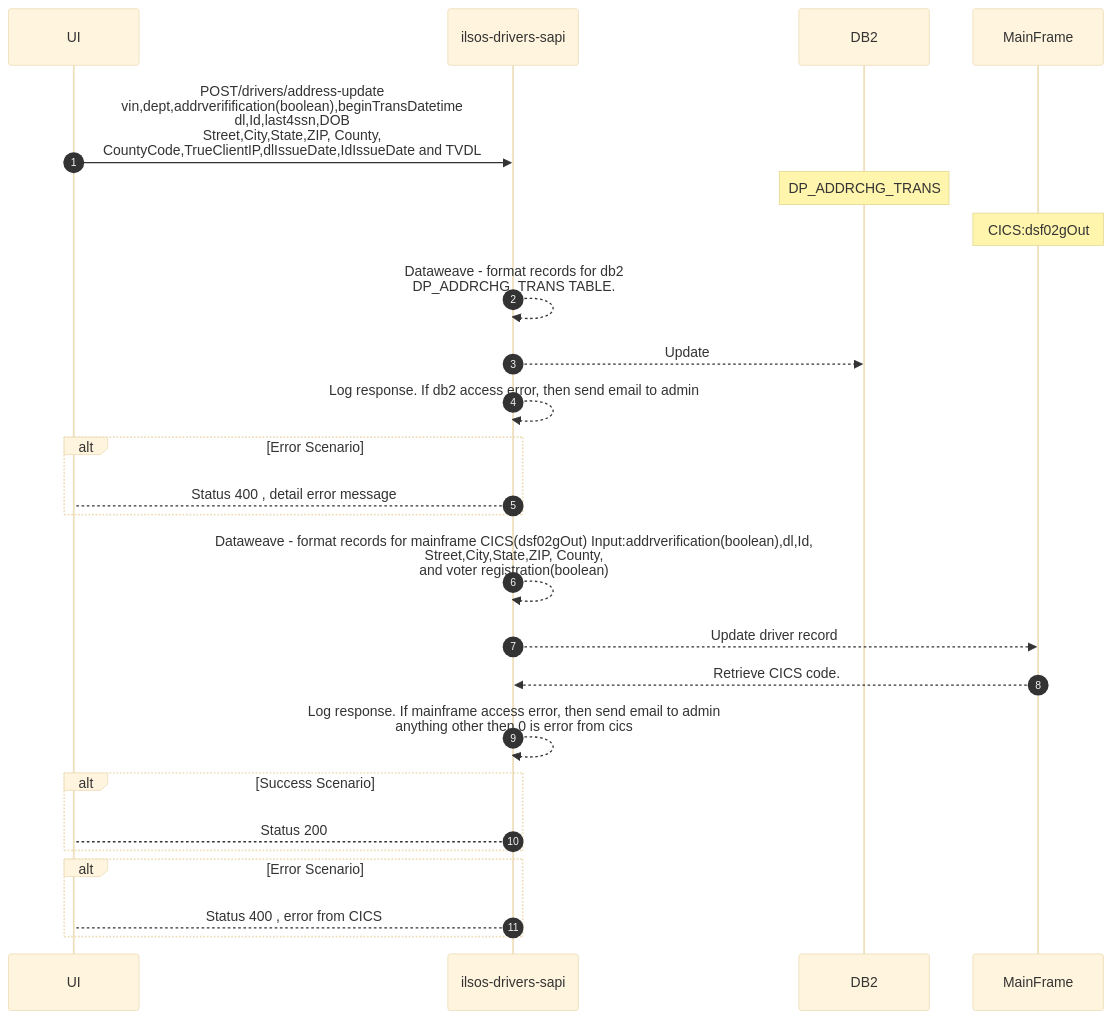
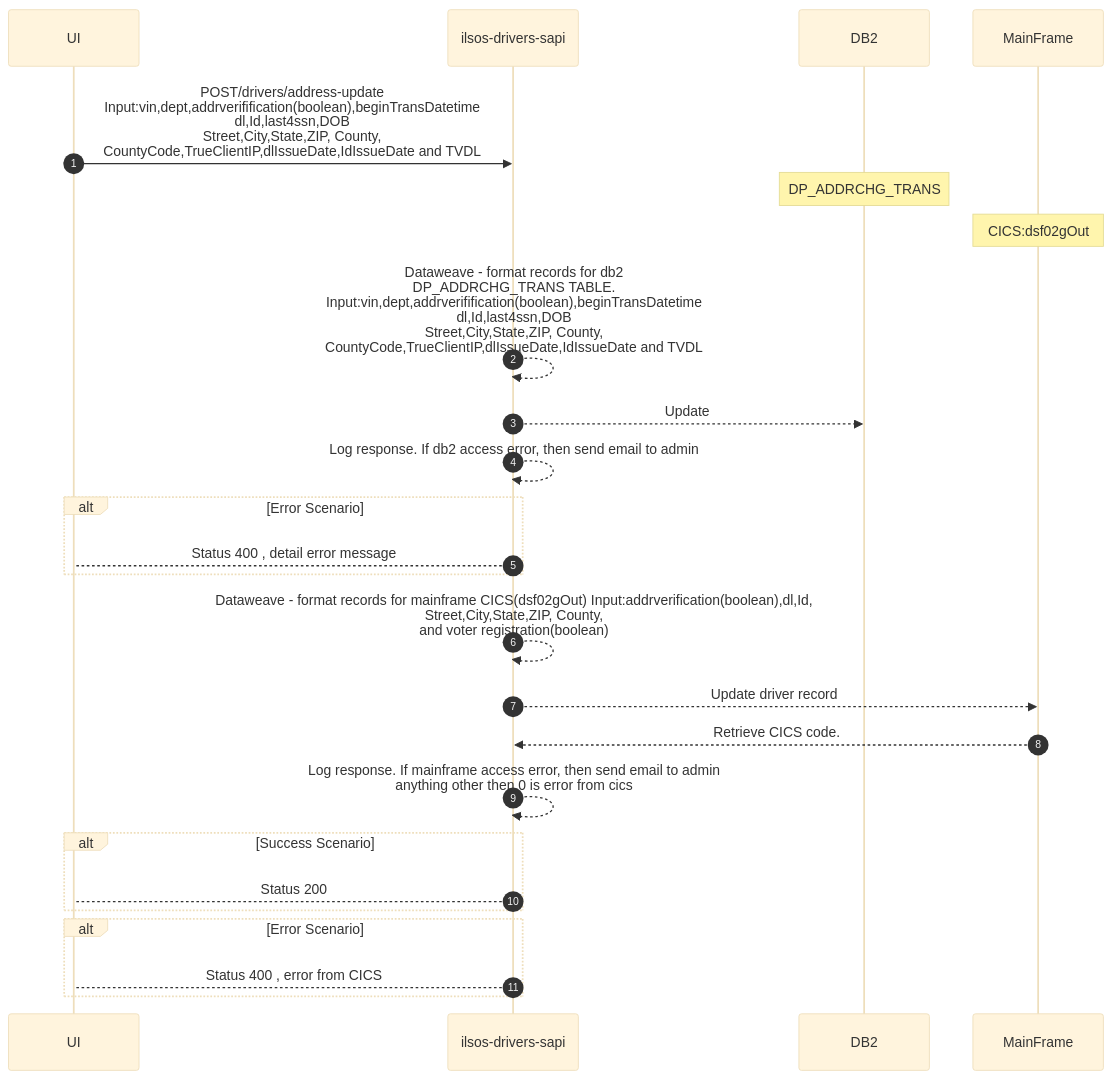
One commit to acme-devs/ilsos-drivers-sapi changed the first of 3 diagrams in README.md. Above: the diagram before and after it, drawn with Mermaid (base theme).

````diff
--- a/README.md
+++ b/README.md
@@ -32,29 +32,29 @@
 ```mermaid
 sequenceDiagram
     autonumber
     participant ui as UI
     participant api as ilsos-drivers-sapi
     participant db2 as DB2
     participant mainframe as MainFrame
 
-    ui->>api:POST/drivers/address-update <br>vin,dept,addrverifification(boolean),beginTransDatetime<br>dl,Id,last4ssn,DOB<br>Street,City,State,ZIP, County,<br>CountyCode,TrueClientIP,dlIssueDate,IdIssueDate and TVDL
+    ui->>api:POST/drivers/address-update <br>Input:vin,dept,addrverifification(boolean),beginTransDatetime<br>dl,Id,last4ssn,DOB<br>Street,City,State,ZIP, County,<br>CountyCode,TrueClientIP,dlIssueDate,IdIssueDate and TVDL
 
     note over db2:DP_ADDRCHG_TRANS
     note over mainframe:CICS:dsf02gOut
-    api-->>api:Dataweave - format records for db2<BR> DP_ADDRCHG_TRANS TABLE.
+    api-->>api:Dataweave - format records for db2<BR> DP_ADDRCHG_TRANS TABLE.<br>Input:vin,dept,addrverifification(boolean),beginTransDatetime<br>dl,Id,last4ssn,DOB<br>Street,City,State,ZIP, County,<br>CountyCode,TrueClientIP,dlIssueDate,IdIssueDate and TVDL
     api-->>db2:Update
     api-->>api:Log response. If db2 access error, then send email to admin
     alt Error Scenario 
         api-->ui: Status 400 , detail error message
     end
     api-->>api:Dataweave - format records for mainframe CICS(dsf02gOut) Input:addrverification(boolean),dl,Id,<br>Street,City,State,ZIP, County,<br>and voter registration(boolean)
     api-->>mainframe:Update driver record
     mainframe-->>api:Retrieve CICS code.
     api-->>api:Log response. If mainframe access error, then send email to admin<br>anything other then 0 is error from cics
     alt Success Scenario 
         api-->ui: Status 200 
     end
     alt Error Scenario 
         api-->ui: Status 400 , error from CICS
     end
   ```
````
